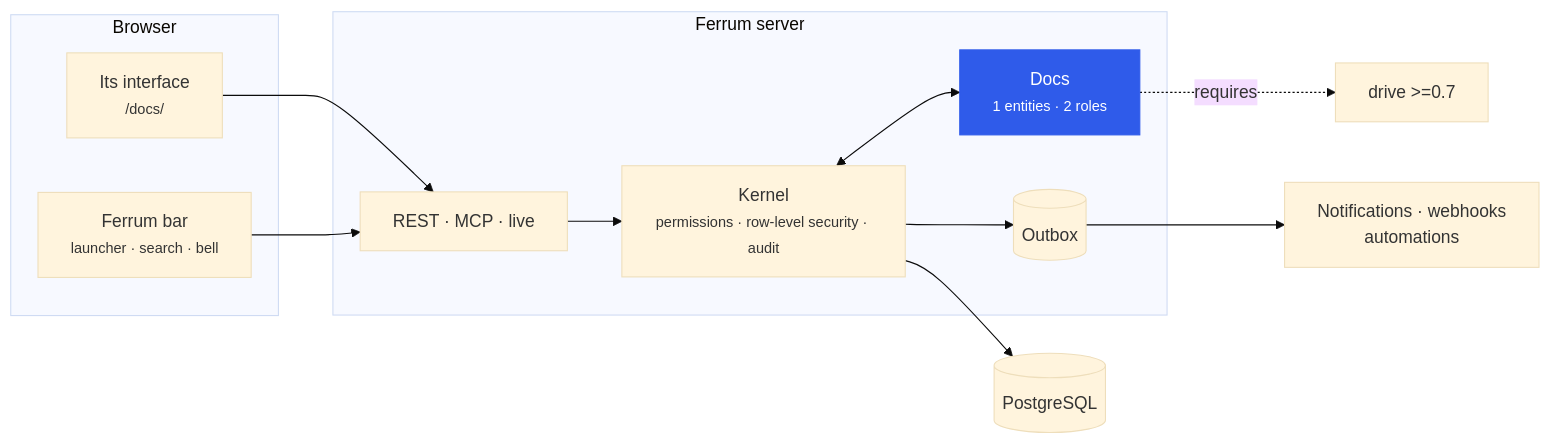
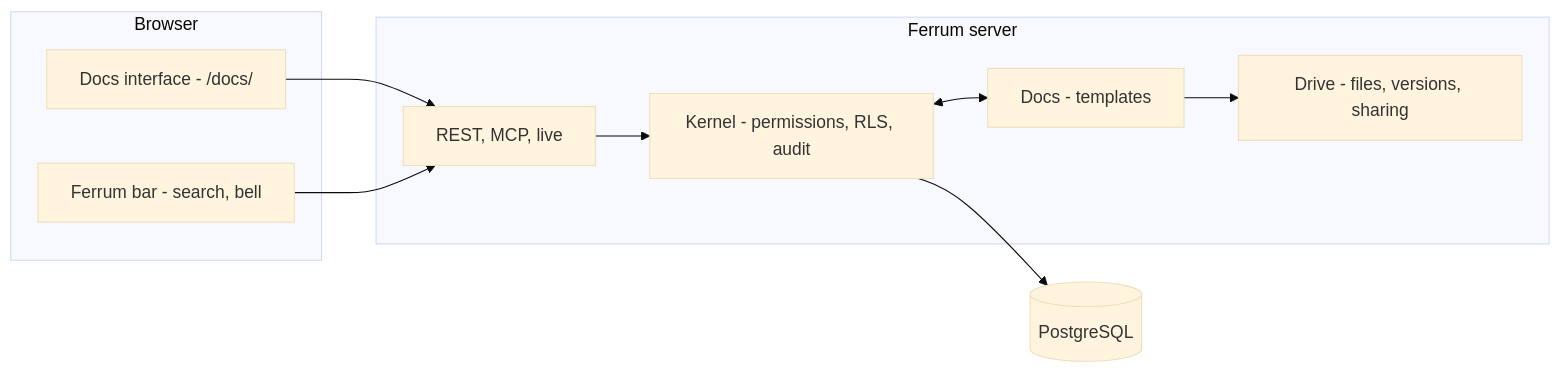
Before and after one commit to CBFerrum/ferrum-app-docs: the second of 2 diagrams in README.md, drawn with Mermaid (base theme). The commit also changed other lines of this file and 32 other files, not shown here.

First line of the commit message:
docs: end-to-end README with screenshots, features, comparison and roadmap

````diff
--- a/README.md
+++ b/README.md
@@ -148,21 +234,18 @@
 ```mermaid
 flowchart LR
     subgraph Browser
-        UI["Its interface<br/><small>/docs/</small>"]
-        BAR["Ferrum bar<br/><small>launcher · search · bell</small>"]
+        UI["Docs interface - /docs/"]
+        BAR["Ferrum bar - search, bell"]
     end
     subgraph Server["Ferrum server"]
-        API["REST · MCP · live"]
-        K["Kernel<br/><small>permissions · row-level security · audit</small>"]
-        APP["Docs<br/><small>1 entities · 2 roles</small>"]
-        OB[("Outbox")]
+        API["REST, MCP, live"]
+        K["Kernel - permissions, RLS, audit"]
+        DOCS["Docs - templates"]
+        DRV["Drive - files, versions, sharing"]
     end
     DB[("PostgreSQL")]
     UI --> API --> K --> DB
     BAR --> API
-    K <--> APP
-    K --> OB --> EV["Notifications · webhooks<br/>automations"]
-    APP -. requires .-> D0["drive >=0.7"]
-    classDef app fill:#2f5bea,color:#fff,stroke:#2f5bea
-    class APP app
+    K <--> DOCS
+    DOCS --> DRV
 ```
````
